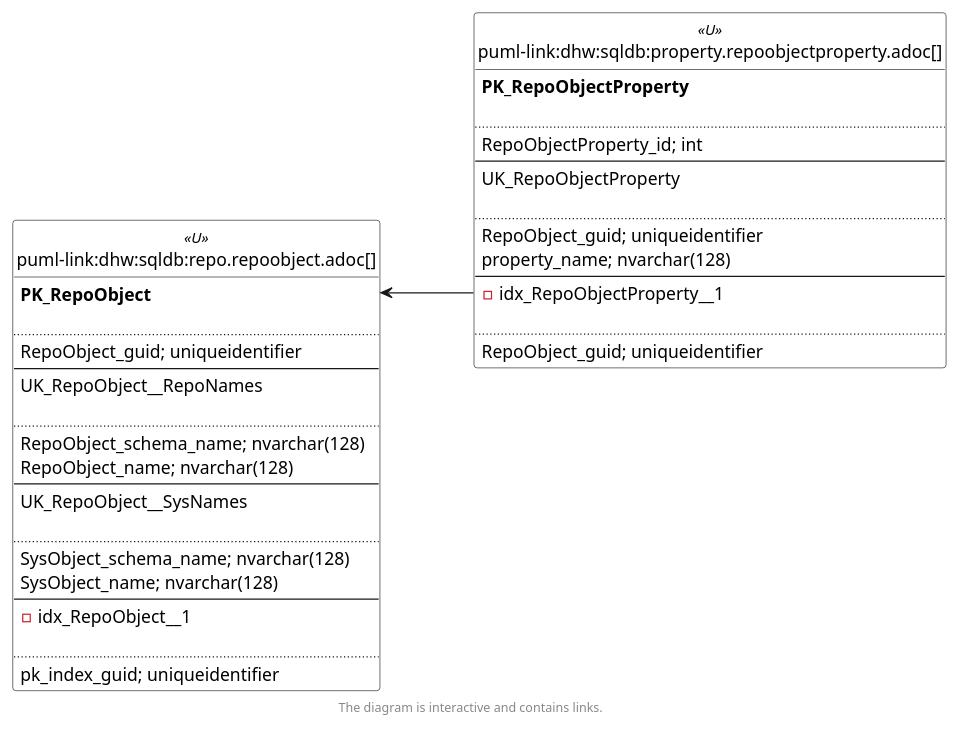
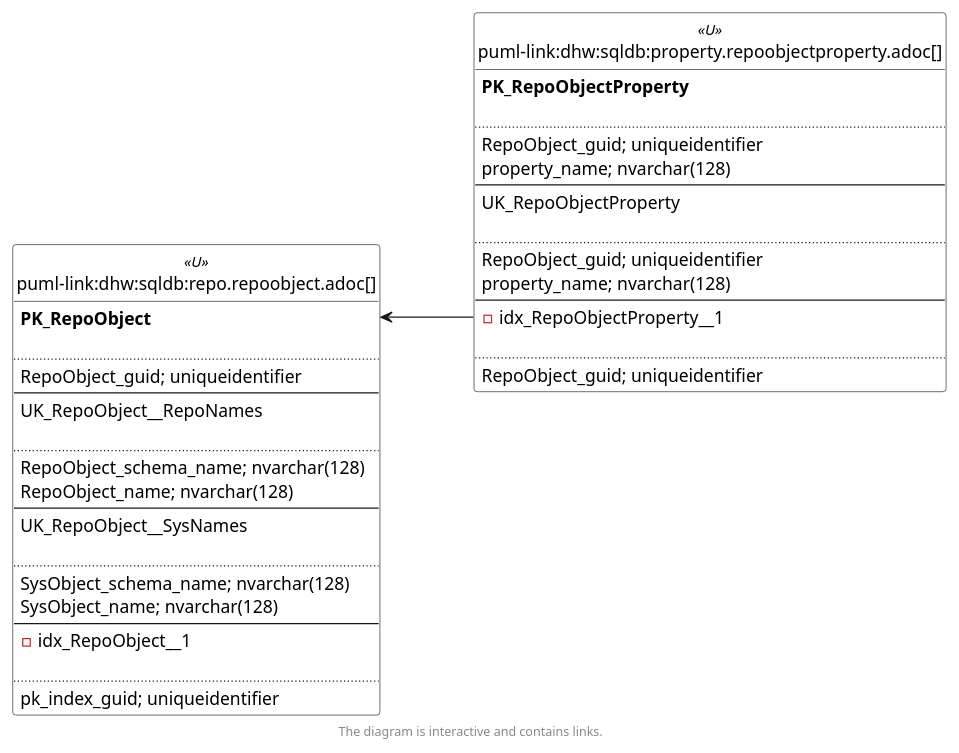
Before and after one commit to DataHandwerk/dhw-antora-sqldb: the second of 6 diagrams in docs/modules/sqldb/partials/content/property.repoobjectproperty.adoc, drawn with PlantUML. The commit also changed other lines of this file and 751 other files, not shown here.

```diff
--- a/docs/modules/sqldb/partials/content/property.repoobjectproperty.adoc
+++ b/docs/modules/sqldb/partials/content/property.repoobjectproperty.adoc
@@ -891,78 +892,79 @@
 [plantuml, entity_1_1_fk-{docname}, svg, subs=macros]
 ....
 @startuml
 left to right direction
 'top to bottom direction
 hide circle
 'avoide "." issues:
 set namespaceSeparator none
 
 
 skinparam class {
   BackgroundColor White
   BackgroundColor<<FN>> Yellow
   BackgroundColor<<FS>> Yellow
   BackgroundColor<<FT>> LightGray
   BackgroundColor<<IF>> Yellow
   BackgroundColor<<IS>> Yellow
   BackgroundColor<<P>>  Aqua
   BackgroundColor<<PC>> Aqua
   BackgroundColor<<SN>> Yellow
   BackgroundColor<<SO>> SlateBlue
   BackgroundColor<<TF>> LightGray
   BackgroundColor<<TR>> Tomato
   BackgroundColor<<U>>  White
   BackgroundColor<<V>>  WhiteSmoke
   BackgroundColor<<X>>  Aqua
   BackgroundColor<<external>> AliceBlue
 }
 
 
 entity "puml-link:dhw:sqldb:property.repoobjectproperty.adoc[]" as property.RepoObjectProperty << U >> {
 **PK_RepoObjectProperty**
 
 ..
-RepoObjectProperty_id; int
+RepoObject_guid; uniqueidentifier
+property_name; nvarchar(128)
 --
 UK_RepoObjectProperty
 
 ..
 RepoObject_guid; uniqueidentifier
 property_name; nvarchar(128)
 --
 - idx_RepoObjectProperty__1
 
 ..
 RepoObject_guid; uniqueidentifier
 }
 
 entity "puml-link:dhw:sqldb:repo.repoobject.adoc[]" as repo.RepoObject << U >> {
 **PK_RepoObject**
 
 ..
 RepoObject_guid; uniqueidentifier
 --
 UK_RepoObject__RepoNames
 
 ..
 RepoObject_schema_name; nvarchar(128)
 RepoObject_name; nvarchar(128)
 --
 UK_RepoObject__SysNames
 
 ..
 SysObject_schema_name; nvarchar(128)
 SysObject_name; nvarchar(128)
 --
 - idx_RepoObject__1
 
 ..
 pk_index_guid; uniqueidentifier
 }
 
 "repo.RepoObject::PK_RepoObject" <-- "property.RepoObjectProperty::idx_RepoObjectProperty__1"
 
 footer The diagram is interactive and contains links.
 
 @enduml
 ....
```
